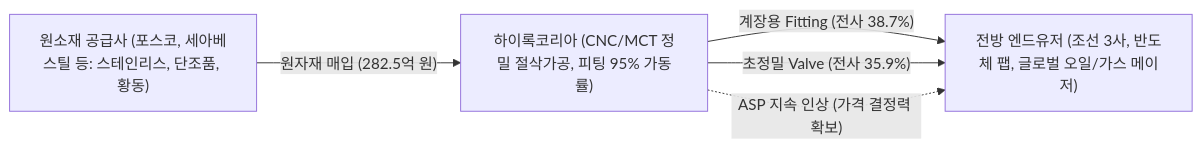
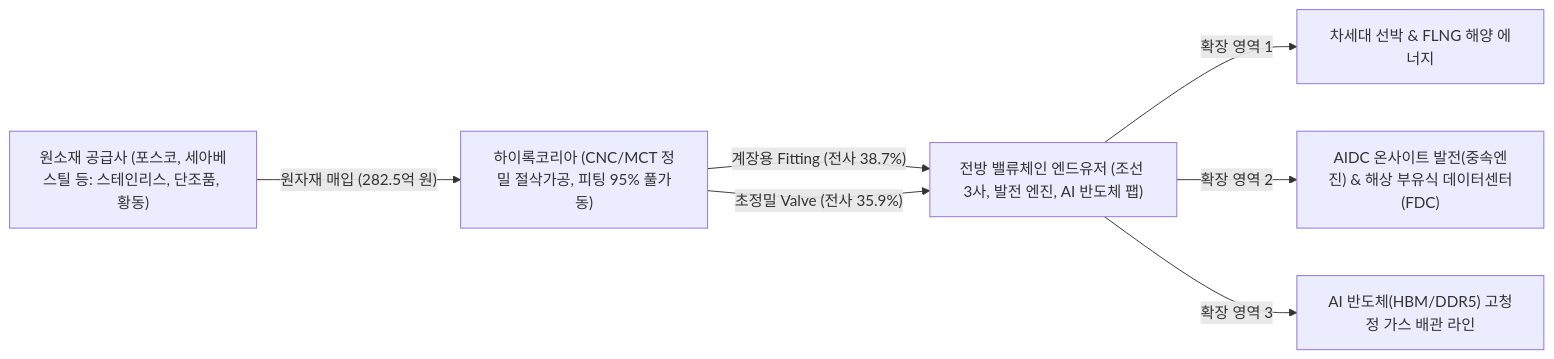
One commit to eve830521-cmd/my-skill changed the diagram in Stock_Research/하이록코리아/3_Final_Reports/Phase1_Report.md. Above: the diagram before and after it, drawn with Mermaid. The commit also changed other lines of this file and 127 other files, not shown here.

````diff
--- a/Stock_Research/하이록코리아/3_Final_Reports/Phase1_Report.md
+++ b/Stock_Research/하이록코리아/3_Final_Reports/Phase1_Report.md
@@ -8,7 +10,9 @@
 ```mermaid
 graph LR
-    A["원소재 공급사 (포스코, 세아베스틸 등: 스테인리스, 단조품, 황동)"] -->|"원자재 매입 (282.5억 원)"| B["하이록코리아 (CNC/MCT 정밀 절삭가공, 피팅 95% 가동률)"]
-    B -->|"계장용 Fitting (전사 38.7%)"| C["전방 엔드유저 (조선 3사, 반도체 팹, 글로벌 오일/가스 메이저)"]
+    A["원소재 공급사 (포스코, 세아베스틸 등: 스테인리스, 단조품, 황동)"] -->|"원자재 매입 (282.5억 원)"| B["하이록코리아 (CNC/MCT 정밀 절삭가공, 피팅 95% 풀가동)"]
+    B -->|"계장용 Fitting (전사 38.7%)"| C["전방 밸류체인 엔드유저 (조선 3사, 발전 엔진, AI 반도체 팹)"]
     B -->|"초정밀 Valve (전사 35.9%)"| C
-    B -. "ASP 지속 인상 (가격 결정력 확보)" .-> C
+    C -->|"확장 영역 1"| D["차세대 선박 & FLNG 해양 에너지"]
+    C -->|"확장 영역 2"| E["AIDC 온사이트 발전(중속엔진) & 해상 부유식 데이터센터(FDC)"]
+    C -->|"확장 영역 3"| F["AI 반도체(HBM/DDR5) 고청정 가스 배관 라인"]
 ```
````
